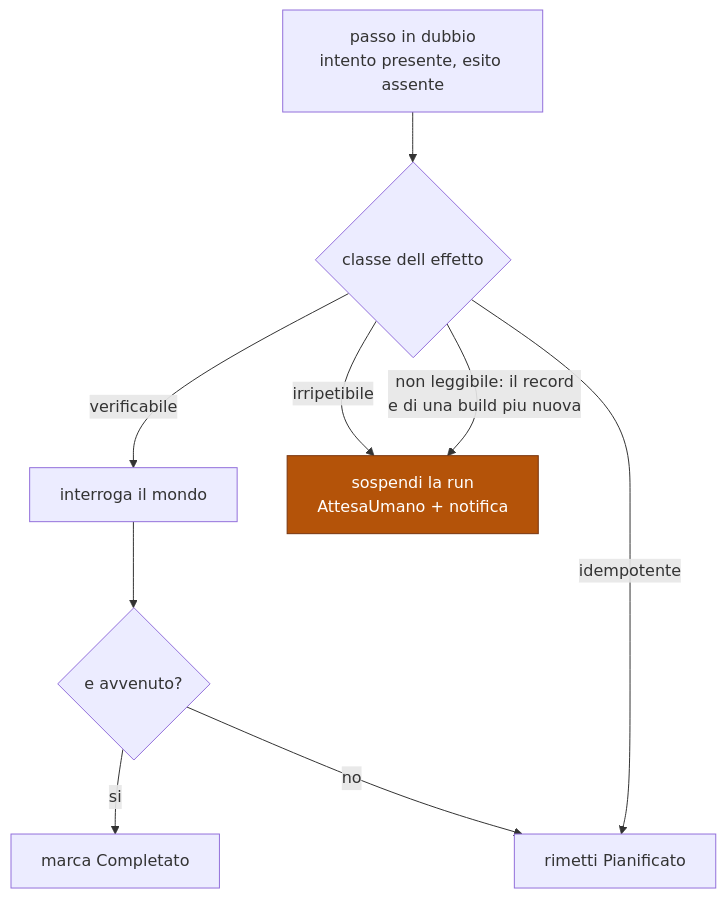
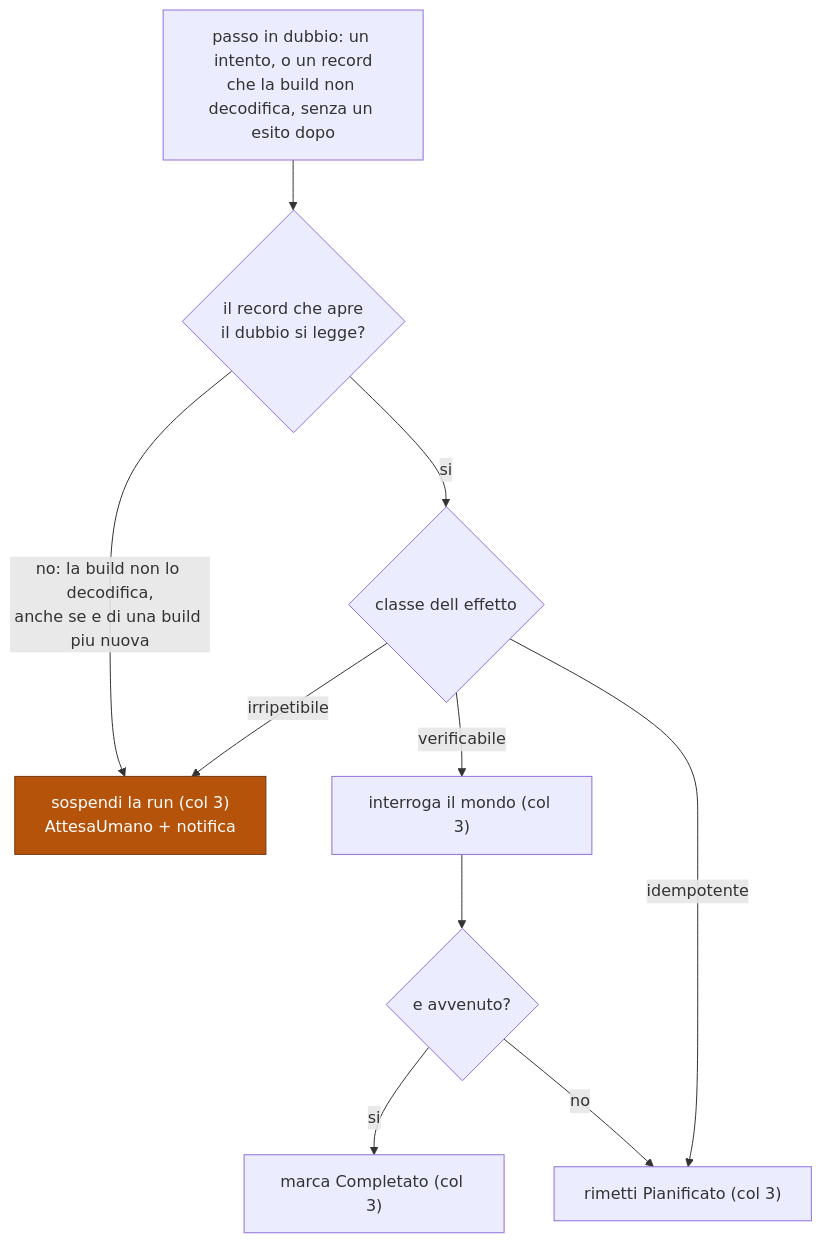
Before and after one commit to devfrx/daemon: the third of 3 diagrams in docs/design/03-run-durevoli.md, drawn with Mermaid. The commit also changed other lines of this file and 3 other files, not shown here.

First line of the commit message:
audit(2026-09-30): La regola 2 del README e i diagrammi 01-03

````diff
--- a/docs/design/03-run-durevoli.md
+++ b/docs/design/03-run-durevoli.md
@@ -94,16 +118,17 @@
 ```mermaid
 flowchart TD
-    A["passo in dubbio<br/>intento presente, esito assente"] --> B{"classe dell effetto"}
+    A["passo in dubbio: un intento, o un record<br/>che la build non decodifica, senza un esito dopo"] --> R{"il record che apre<br/>il dubbio si legge?"}
+    R -->|"no: la build non lo decodifica,<br/>anche se e di una build piu nuova"| G["sospendi la run (col 3)<br/>AttesaUmano + notifica"]
+    R -->|si| B{"classe dell effetto"}
 
-    B -->|verificabile| C["interroga il mondo"]
+    B -->|verificabile| C["interroga il mondo (col 3)"]
     C --> D{"e avvenuto?"}
-    D -->|si| E["marca Completato"]
-    D -->|no| F["rimetti Pianificato"]
+    D -->|si| E["marca Completato (col 3)"]
+    D -->|no| F["rimetti Pianificato (col 3)"]
 
     B -->|idempotente| F
-    B -->|irripetibile| G["sospendi la run<br/>AttesaUmano + notifica"]
-    B -->|"non leggibile: il record<br/>e di una build piu nuova"| G
+    B -->|irripetibile| G
 
     classDef safe fill:#b45309,stroke:#78350f,color:#fff
     class G safe
 ```
````
